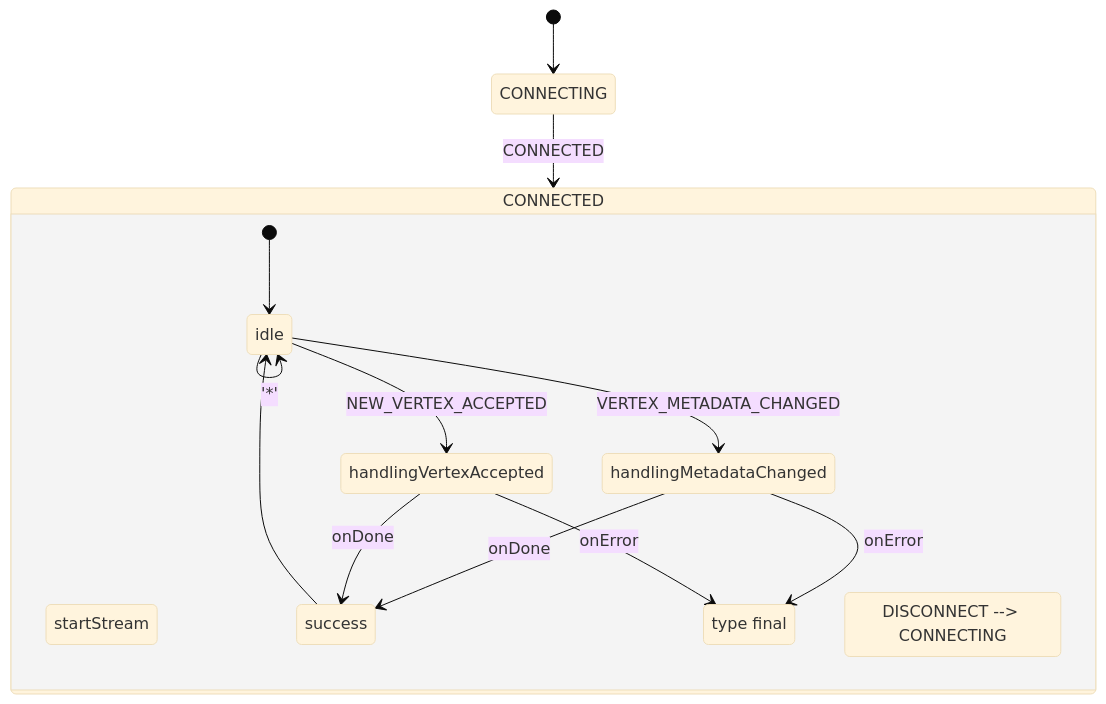
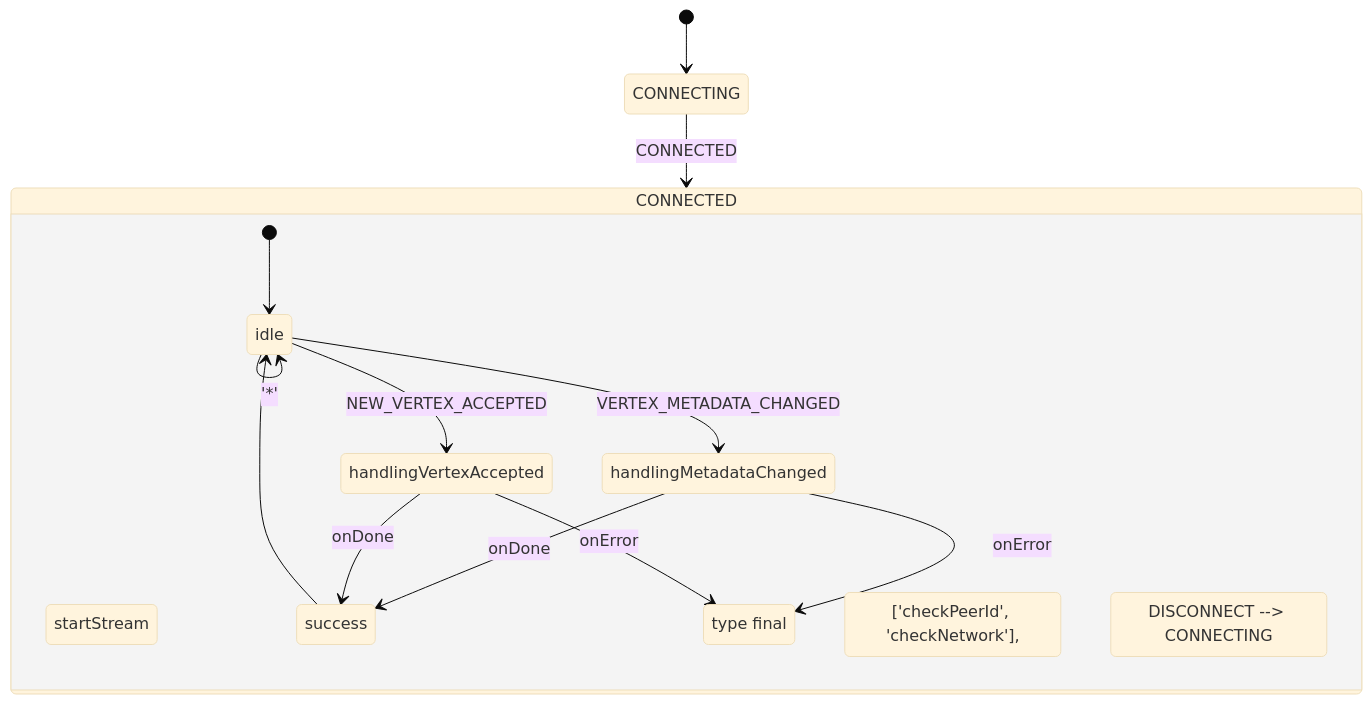
The diagram in projects/wallet-service-reliable-integration/0001-design.md (HathorNetwork/rfcs), drawn with Mermaid (base theme) before and after one commit. The commit also changed other lines of this file, not shown here.

````diff
--- a/projects/wallet-service-reliable-integration/0001-design.md
+++ b/projects/wallet-service-reliable-integration/0001-design.md
@@ -19,26 +19,27 @@
 ```mermaid
 stateDiagram-v2
     [*] --> CONNECTING
     CONNECTING --> CONNECTED: CONNECTED
     state CONNECTED {
         onEntry: startStream
+        cond: ['checkPeerId', 'checkNetwork'],
         on: DISCONNECT --> CONNECTING
         
         [*] --> idle
         idle --> handlingVertexAccepted: NEW_VERTEX_ACCEPTED
         idle --> handlingMetadataChanged: VERTEX_METADATA_CHANGED
         idle --> idle: LOAD_STARTED
         idle --> idle: ACK
         idle --> idle: '*'
         
         handlingMetadataChanged --> success: onDone
         handlingMetadataChanged --> error: onError
         
         handlingVertexAccepted --> success: onDone
         handlingVertexAccepted --> error: onError
         
         success --> idle
         
         error: type final
     }
 ```
````
